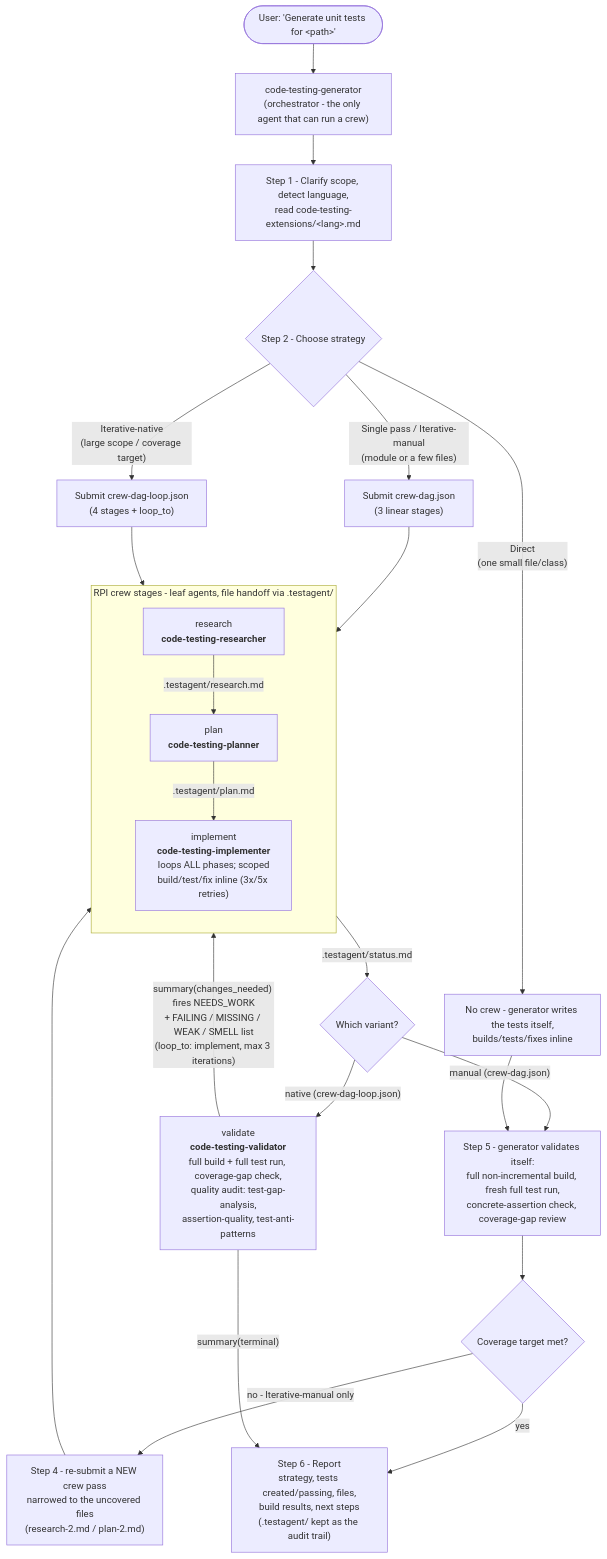
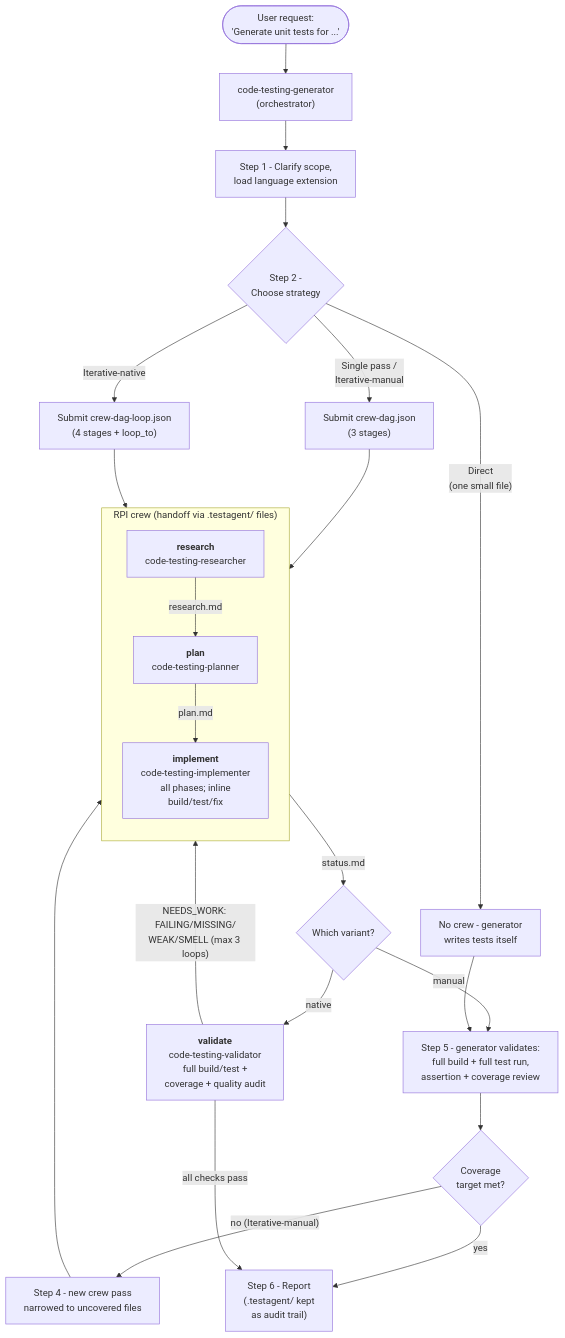
Before and after one commit to dwalleck/kiro-starter-kit: the diagram in plugins/dotnet-test-creator/README.md, drawn with Mermaid. The commit also changed other lines of this file, not shown here.

First line of the commit message:
docs(dotnet-test-creator): document .testagent/ artifacts and refine flow diagram

````diff
--- a/plugins/dotnet-test-creator/README.md
+++ b/plugins/dotnet-test-creator/README.md
@@ -31,34 +31,42 @@
 ```mermaid
 flowchart TD
-    User(["User: 'Generate unit tests for &lt;path&gt;'"]) --> Gen["code-testing-generator<br/>(orchestrator - the only agent that can run a crew)"]
-    Gen --> Scope["Step 1 - Clarify scope, detect language,<br/>read code-testing-extensions/&lt;lang&gt;.md"]
-    Scope --> Strategy{"Step 2 - Choose strategy"}
+    User(["User request:<br/>'Generate unit tests for ...'"]) --> Gen["code-testing-generator<br/>(orchestrator)"]
+    Gen --> Scope["Step 1 - Clarify scope,<br/>load language extension"]
+    Scope --> Strategy{"Step 2 -<br/>Choose strategy"}
 
-    Strategy -- "Direct<br/>(one small file/class)" --> DirectWrite["No crew - generator writes the tests itself,<br/>builds/tests/fixes inline"]
-    Strategy -- "Single pass / Iterative-manual<br/>(module or a few files)" --> ManualCrew["Submit crew-dag.json<br/>(3 linear stages)"]
-    Strategy -- "Iterative-native<br/>(large scope / coverage target)" --> LoopCrew["Submit crew-dag-loop.json<br/>(4 stages + loop_to)"]
+    Strategy -- "Direct<br/>(one small file)" --> DirectWrite["No crew - generator<br/>writes tests itself"]
+    Strategy -- "Single pass /<br/>Iterative-manual" --> ManualCrew["Submit crew-dag.json<br/>(3 stages)"]
+    Strategy -- "Iterative-native" --> LoopCrew["Submit crew-dag-loop.json<br/>(4 stages + loop_to)"]
 
-    subgraph RPI["RPI crew stages - leaf agents, file handoff via .testagent/"]
+    subgraph RPI["RPI crew (handoff via .testagent/ files)"]
         direction TB
-        R["research<br/><b>code-testing-researcher</b>"] -- ".testagent/research.md" --> P["plan<br/><b>code-testing-planner</b>"]
-        P -- ".testagent/plan.md" --> I["implement<br/><b>code-testing-implementer</b><br/>loops ALL phases; scoped<br/>build/test/fix inline (3x/5x retries)"]
+        R["`**research**
+        code-testing-researcher`"] -- "research.md" --> P["`**plan**
+        code-testing-planner`"]
+        P -- "plan.md" --> I["`**implement**
+        code-testing-implementer
+        all phases; inline
+        build/test/fix`"]
     end
 
     ManualCrew --> R
     LoopCrew --> R
 
-    I -- ".testagent/status.md" --> Variant{Which variant?}
+    I -- "status.md" --> Variant{Which variant?}
 
-    Variant -- "manual (crew-dag.json)" --> Val5["Step 5 - generator validates itself:<br/>full non-incremental build, fresh full test run,<br/>concrete-assertion check, coverage-gap review"]
-    Val5 --> GapQ{"Coverage target met?"}
-    GapQ -- "no - Iterative-manual only" --> Narrow["Step 4 - re-submit a NEW crew pass<br/>narrowed to the uncovered files<br/>(research-2.md / plan-2.md)"]
+    Variant -- "manual" --> Val5["Step 5 - generator validates:<br/>full build + full test run,<br/>assertion + coverage review"]
+    Val5 --> GapQ{"Coverage<br/>target met?"}
+    GapQ -- "no (Iterative-manual)" --> Narrow["Step 4 - new crew pass<br/>narrowed to uncovered files"]
     Narrow --> R
     GapQ -- "yes" --> Report
 
-    Variant -- "native (crew-dag-loop.json)" --> V["validate<br/><b>code-testing-validator</b><br/>full build + full test run, coverage-gap check,<br/>quality audit: test-gap-analysis,<br/>assertion-quality, test-anti-patterns"]
-    V -- "summary(changes_needed) fires NEEDS_WORK<br/>+ FAILING / MISSING / WEAK / SMELL list<br/>(loop_to: implement, max 3 iterations)" --> I
-    V -- "summary(terminal)" --> Report
+    Variant -- "native" --> V["`**validate**
+    code-testing-validator
+    full build/test +
+    coverage + quality audit`"]
+    V -- "NEEDS_WORK: FAILING/MISSING/<br/>WEAK/SMELL (max 3 loops)" --> I
+    V -- "all checks pass" --> Report
 
     DirectWrite --> Val5
-    Report["Step 6 - Report<br/>strategy, tests created/passing, files,<br/>build results, next steps<br/>(.testagent/ kept as the audit trail)"]
+    Report["Step 6 - Report<br/>(.testagent/ kept<br/>as audit trail)"]
 ```
````
